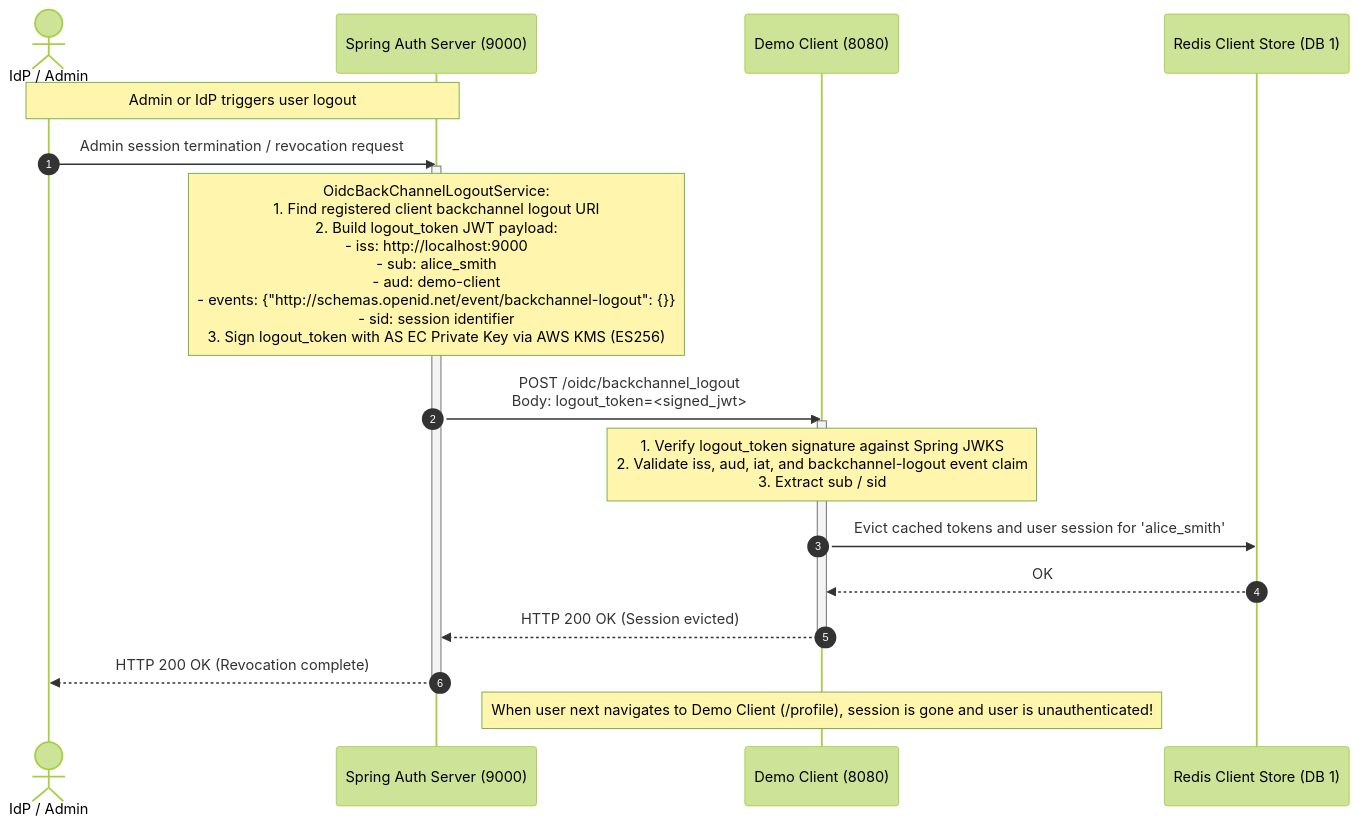
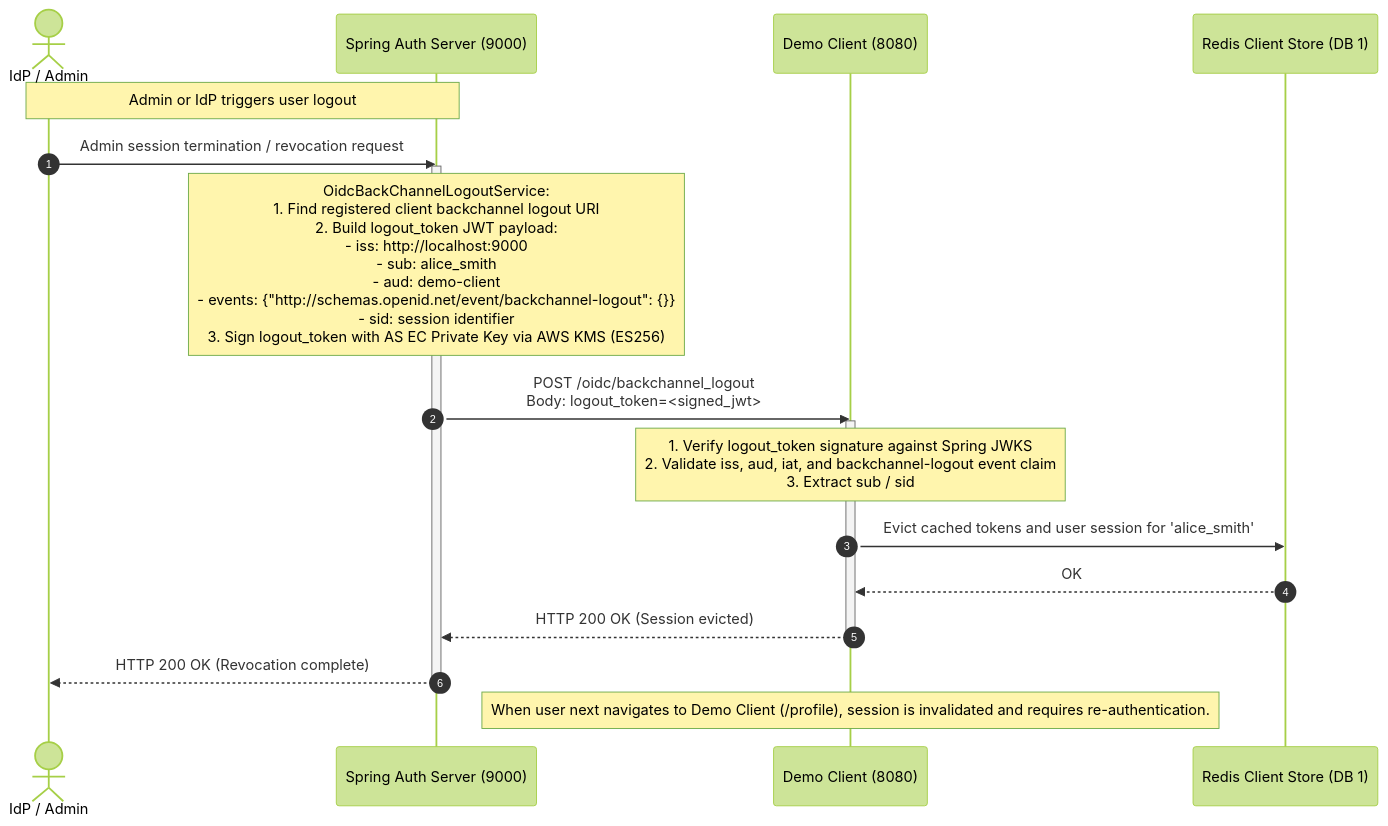
The second of 2 diagrams in docs/architecture/token_lifecycle_and_logout_flow.md (shoeyn/oauth-server), drawn with Mermaid (forest theme) before and after one commit. The commit also changed 16 other files, not shown here.

````diff
--- a/docs/architecture/token_lifecycle_and_logout_flow.md
+++ b/docs/architecture/token_lifecycle_and_logout_flow.md
@@ -53,28 +53,28 @@
 ```mermaid
 sequenceDiagram
     autonumber
     actor Admin as IdP / Admin
     participant Spring as Spring Auth Server (9000)
     participant Client as Demo Client (8080)
     participant RedisClient as Redis Client Store (DB 1)
 
     Note over Admin, Spring: Admin or IdP triggers user logout
     Admin->>Spring: Admin session termination / revocation request
     activate Spring
 
     Note over Spring: OidcBackChannelLogoutService:<br/>1. Find registered client backchannel logout URI<br/>2. Build logout_token JWT payload:<br/>   - iss: http://localhost:9000<br/>   - sub: alice_smith<br/>   - aud: demo-client<br/>   - events: {"http://schemas.openid.net/event/backchannel-logout": {}}<br/>   - sid: session identifier<br/>3. Sign logout_token with AS EC Private Key via AWS KMS (ES256)
 
     Spring->>Client: POST /oidc/backchannel_logout<br/>Body: logout_token=<signed_jwt>
     activate Client
 
     Note over Client: 1. Verify logout_token signature against Spring JWKS<br/>2. Validate iss, aud, iat, and backchannel-logout event claim<br/>3. Extract sub / sid
     Client->>RedisClient: Evict cached tokens and user session for 'alice_smith'
     RedisClient-->>Client: OK
     Client-->>Spring: HTTP 200 OK (Session evicted)
     deactivate Client
 
     Spring-->>Admin: HTTP 200 OK (Revocation complete)
     deactivate Spring
 
-    Note over Client: When user next navigates to Demo Client (/profile), session is gone and user is unauthenticated!
+    Note over Client: When user next navigates to Demo Client (/profile), session is invalidated and requires re-authentication.
 ```
````
